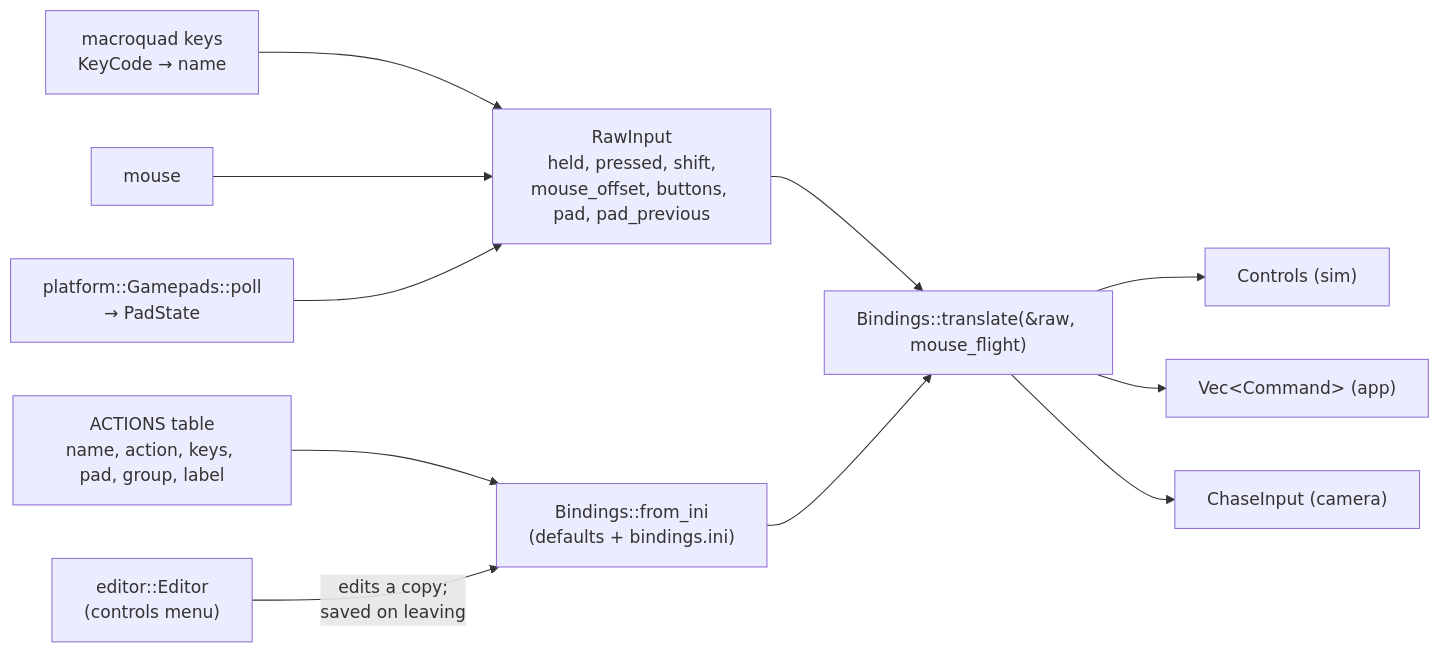
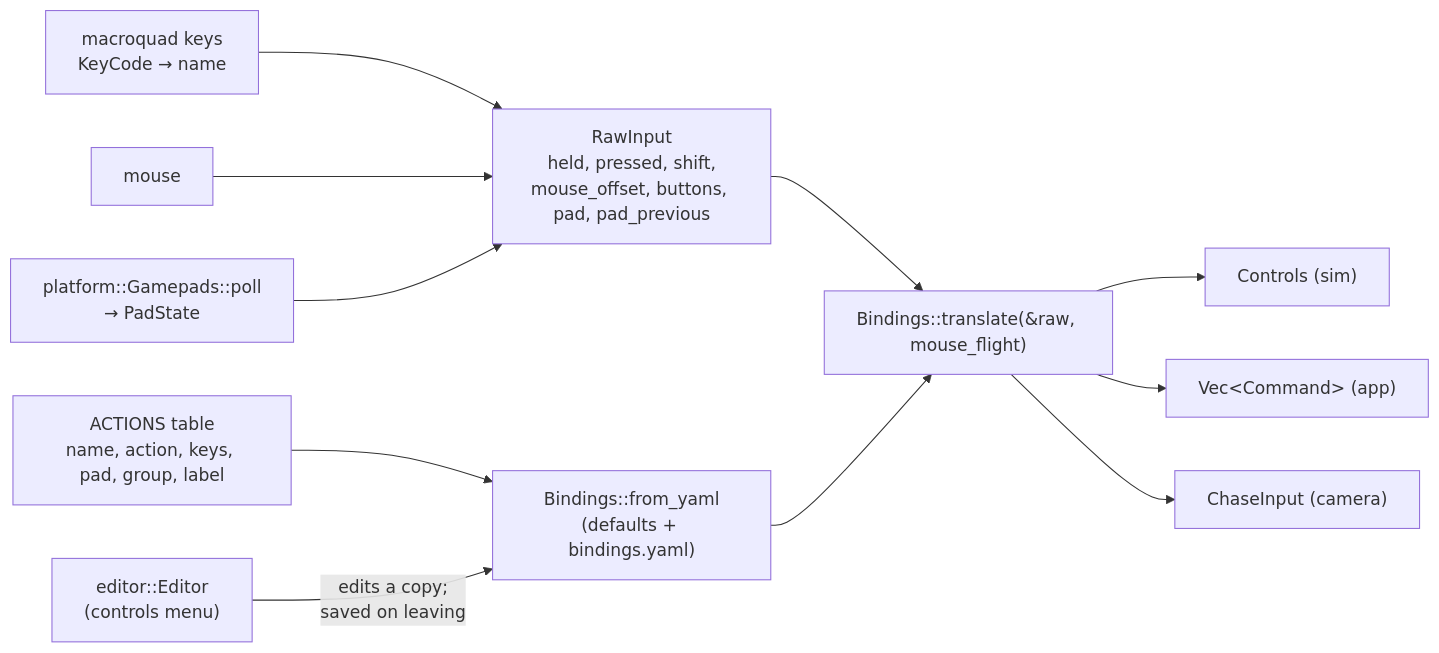
One commit to bbogovich/OpenInterceptor changed the first of 2 diagrams in docs/architecture/input.md. Above: the diagram before and after it, drawn with Mermaid. The commit also changed other lines of this file and 56 other files, not shown here.

````diff
--- a/docs/architecture/input.md
+++ b/docs/architecture/input.md
@@ -12,13 +12,13 @@
 ```mermaid
 flowchart LR
     KB["macroquad keys<br/>KeyCode → name"] --> RAW["RawInput<br/>held, pressed, shift,<br/>mouse_offset, buttons, pad, pad_previous"]
     MS["mouse"] --> RAW
     GP["platform::Gamepads::poll<br/>→ PadState"] --> RAW
     RAW --> T["Bindings::translate(&raw, mouse_flight)"]
     T --> C["Controls (sim)"]
     T --> CMD["Vec&lt;Command&gt; (app)"]
     T --> CH["ChaseInput (camera)"]
-    TAB["ACTIONS table<br/>name, action, keys, pad, group, label"] --> B["Bindings::from_ini<br/>(defaults + bindings.ini)"]
+    TAB["ACTIONS table<br/>name, action, keys, pad, group, label"] --> B["Bindings::from_yaml<br/>(defaults + bindings.yaml)"]
     B --> T
     ED["editor::Editor<br/>(controls menu)"] -- "edits a copy;<br/>saved on leaving" --> B
 ```
````
